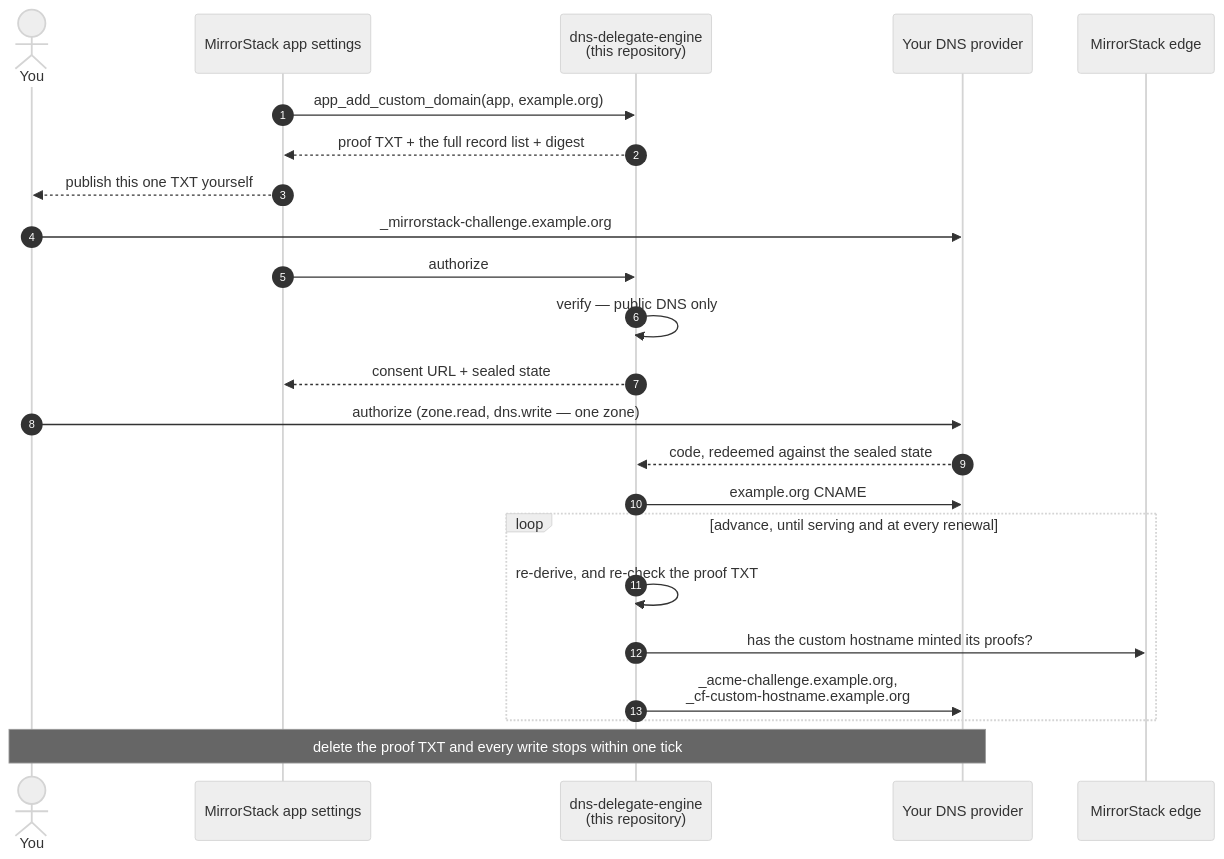
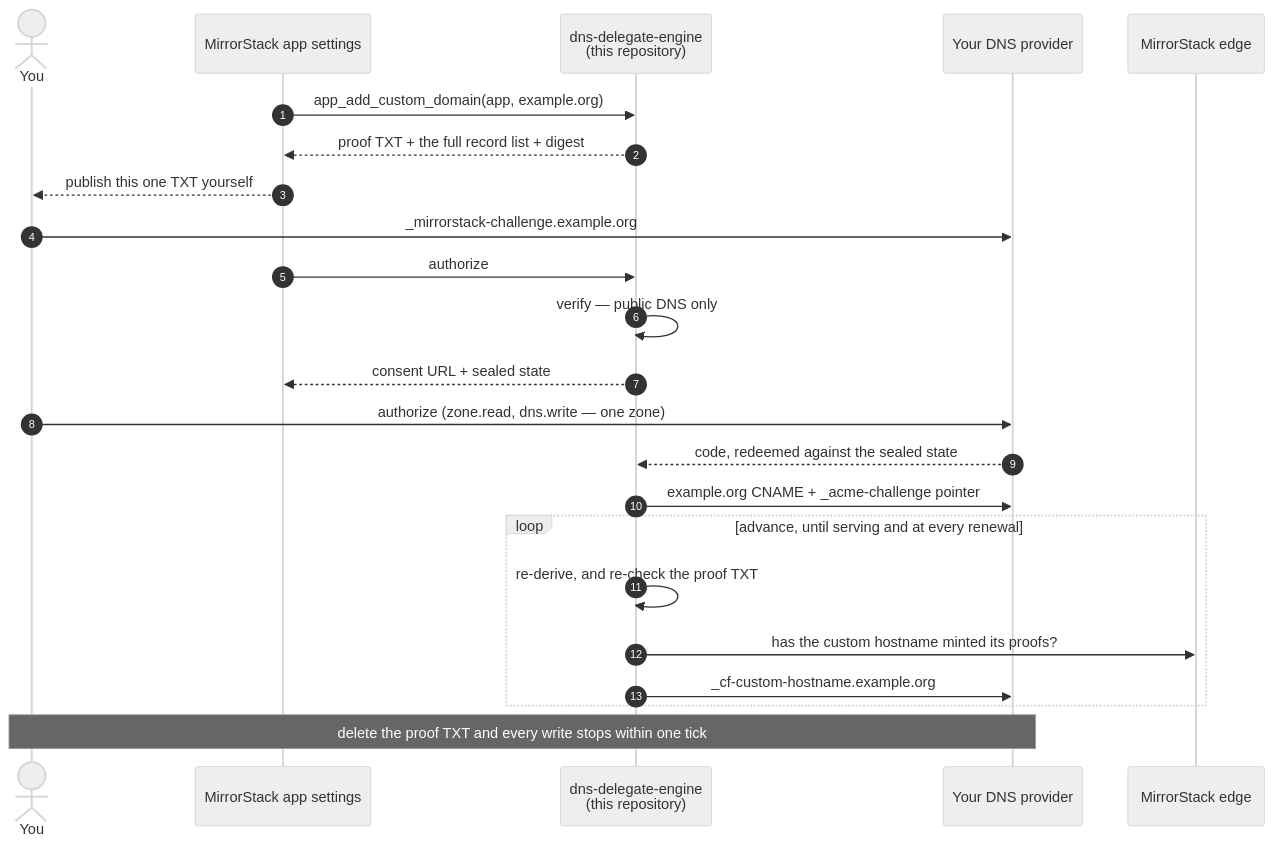
The third of 4 diagrams in README.md (mirrorstack-ai/dns-delegate-engine), drawn with Mermaid (neutral theme) before and after one commit. The commit also changed other lines of this file and 2 other files, not shown here.

````diff
--- a/README.md
+++ b/README.md
@@ -264,30 +264,30 @@
 ```mermaid
 sequenceDiagram
     autonumber
     actor You
     participant App as MirrorStack app settings
     participant Engine as dns-delegate-engine<br/>(this repository)
     participant CF as Your DNS provider
     participant Edge as MirrorStack edge
 
     App->>Engine: app_add_custom_domain(app, example.org)
     Engine-->>App: proof TXT + the full record list + digest
     App-->>You: publish this one TXT yourself
 
     You->>CF: _mirrorstack-challenge.example.org
     App->>Engine: authorize
     Engine->>Engine: verify — public DNS only
     Engine-->>App: consent URL + sealed state
 
     You->>CF: authorize (zone.read, dns.write — one zone)
     CF-->>Engine: code, redeemed against the sealed state
-    Engine->>CF: example.org CNAME
+    Engine->>CF: example.org CNAME + _acme-challenge pointer
 
     loop advance, until serving and at every renewal
         Engine->>Engine: re-derive, and re-check the proof TXT
         Engine->>Edge: has the custom hostname minted its proofs?
-        Engine->>CF: _acme-challenge.example.org,<br/>_cf-custom-hostname.example.org
+        Engine->>CF: _cf-custom-hostname.example.org
     end
 
     Note over You,CF: delete the proof TXT and every write stops within one tick
 ```
````
